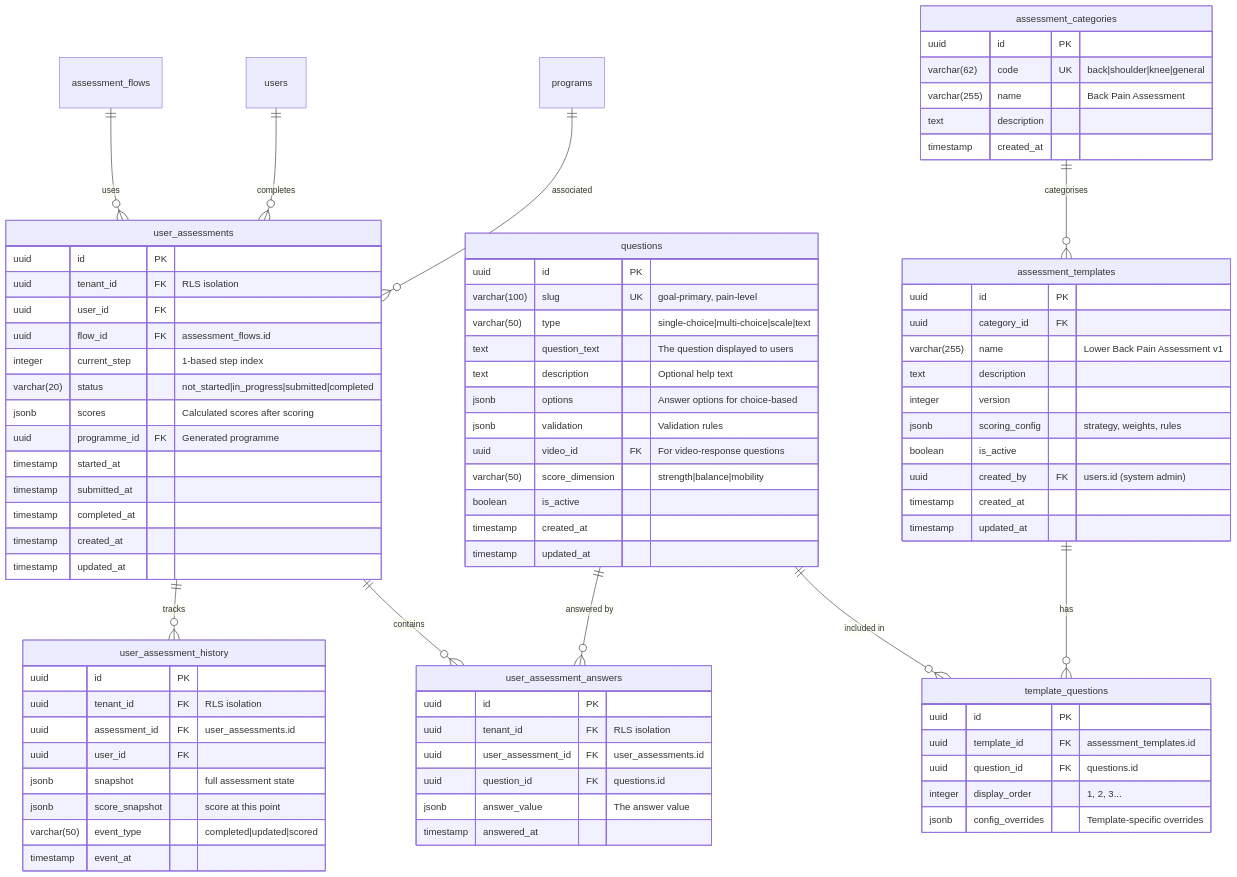
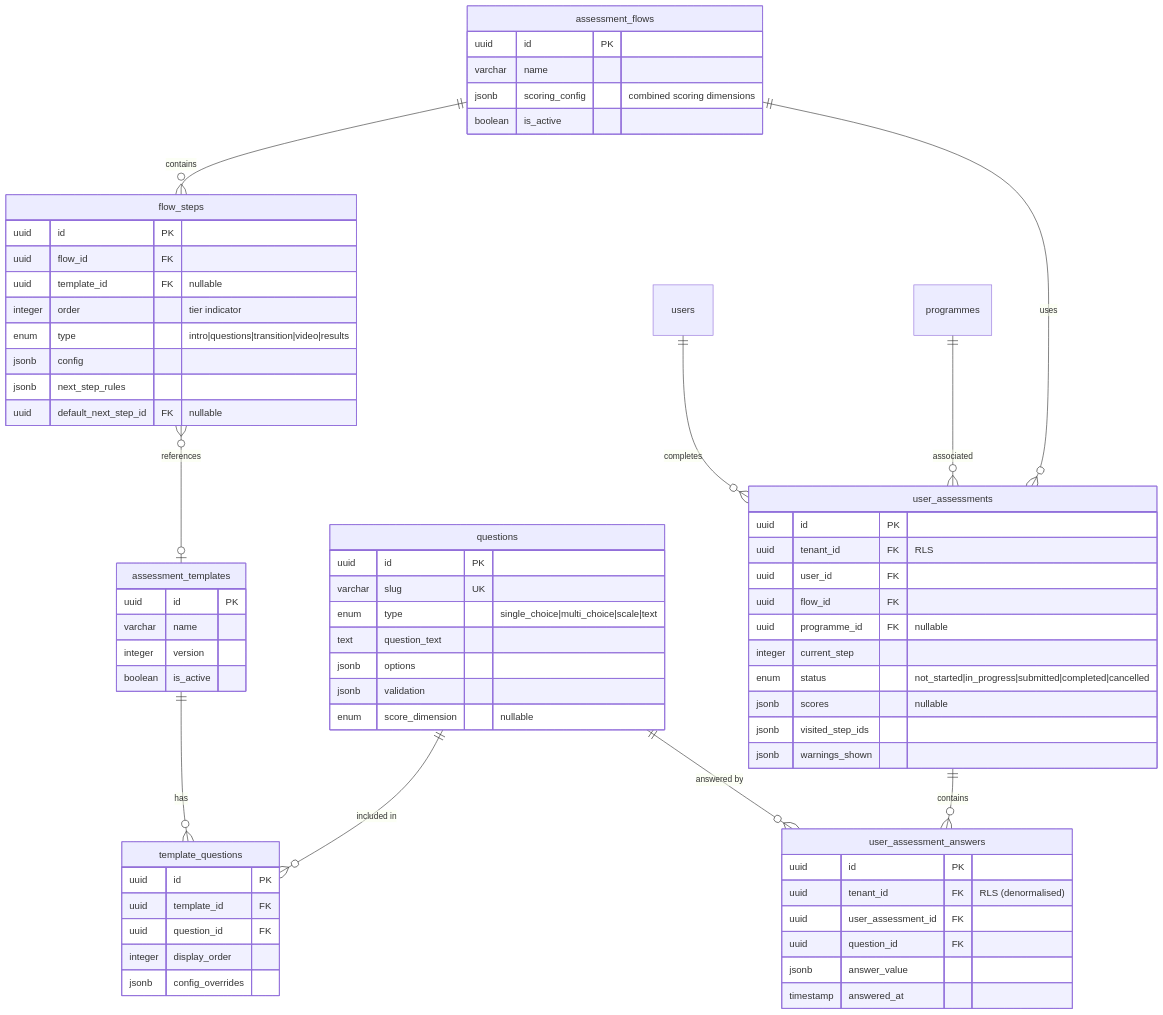
Before and after one commit to ChrisTregaskis/ffp: the second of 3 diagrams in project-documentation/ffp_erd.md, drawn with Mermaid. The commit also changed other lines of this file and 7 other files, not shown here.

````diff
--- a/project-documentation/ffp_erd.md
+++ b/project-documentation/ffp_erd.md
@@ -111,92 +55,77 @@
 ```mermaid
 erDiagram
-    programs ||--o{ user_assessments : "associated"
-    users ||--o{ user_assessments : "completes"
-    assessment_flows ||--o{ user_assessments : "uses"
-    assessment_categories ||--o{ assessment_templates : "categorises"
+    assessment_flows ||--o{ flow_steps : "contains"
     assessment_templates ||--o{ template_questions : "has"
     questions ||--o{ template_questions : "included in"
+    flow_steps }o--o| assessment_templates : "references"
+    assessment_flows ||--o{ user_assessments : "uses"
+    users ||--o{ user_assessments : "completes"
+    user_assessments ||--o{ user_assessment_answers : "contains"
     questions ||--o{ user_assessment_answers : "answered by"
-    user_assessments ||--o{ user_assessment_answers : "contains"
-    user_assessments ||--o{ user_assessment_history : "tracks"
+    programmes ||--o{ user_assessments : "associated"
 
-    assessment_categories {
+    assessment_flows {
         uuid id PK
-        varchar(62) code UK "back|shoulder|knee|general"
-        varchar(255) name "Back Pain Assessment"
-        text description
-        timestamp created_at
+        varchar name
+        jsonb scoring_config "combined scoring dimensions"
+        boolean is_active
+    }
+
+    flow_steps {
+        uuid id PK
+        uuid flow_id FK
+        uuid template_id FK "nullable"
+        integer order "tier indicator"
+        enum type "intro|questions|transition|video|results"
+        jsonb config
+        jsonb next_step_rules
+        uuid default_next_step_id FK "nullable"
+    }
+
+    assessment_templates {
+        uuid id PK
+        varchar name
+        integer version
+        boolean is_active
     }
 
     questions {
         uuid id PK
-        varchar(100) slug UK "goal-primary, pain-level"
-        varchar(50) type "single-choice|multi-choice|scale|text"
-        text question_text "The question displayed to users"
-        text description "Optional help text"
-        jsonb options "Answer options for choice-based"
-        jsonb validation "Validation rules"
-        uuid video_id FK "For video-response questions"
-        varchar(50) score_dimension "strength|balance|mobility"
-        boolean is_active
-        timestamp created_at
-        timestamp updated_at
+        varchar slug UK
+        enum type "single_choice|multi_choice|scale|text"
+        text question_text
+        jsonb options
+        jsonb validation
+        enum score_dimension "nullable"
     }
 
     template_questions {
         uuid id PK
-        uuid template_id FK "assessment_templates.id"
-        uuid question_id FK "questions.id"
-        integer display_order "1, 2, 3..."
-        jsonb config_overrides "Template-specific overrides"
-    }
-
-    assessment_templates {
-        uuid id PK
-        uuid category_id FK
-        varchar(255) name "Lower Back Pain Assessment v1"
-        text description
-        integer version
-        jsonb scoring_config "strategy, weights, rules"
-        boolean is_active
-        uuid created_by FK "users.id (system admin)"
-        timestamp created_at
-        timestamp updated_at
+        uuid template_id FK
+        uuid question_id FK
+        integer display_order
+        jsonb config_overrides
     }
 
     user_assessments {
         uuid id PK
-        uuid tenant_id FK "RLS isolation"
+        uuid tenant_id FK "RLS"
         uuid user_id FK
-        uuid flow_id FK "assessment_flows.id"
-        integer current_step "1-based step index"
-        varchar(20) status "not_started|in_progress|submitted|completed"
-        jsonb scores "Calculated scores after scoring"
-        uuid programme_id FK "Generated programme"
-        timestamp started_at
-        timestamp submitted_at
-        timestamp completed_at
-        timestamp created_at
-        timestamp updated_at
+        uuid flow_id FK
+        uuid programme_id FK "nullable"
+        integer current_step
+        enum status "not_started|in_progress|submitted|completed|cancelled"
+        jsonb scores "nullable"
+        jsonb visited_step_ids
+        jsonb warnings_shown
     }
 
     user_assessment_answers {
         uuid id PK
-        uuid tenant_id FK "RLS isolation"
-        uuid user_assessment_id FK "user_assessments.id"
-        uuid question_id FK "questions.id"
-        jsonb answer_value "The answer value"
+        uuid tenant_id FK "RLS (denormalised)"
+        uuid user_assessment_id FK
+        uuid question_id FK
+        jsonb answer_value
         timestamp answered_at
     }
-
-    user_assessment_history {
-        uuid id PK
-        uuid tenant_id FK "RLS isolation"
-        uuid assessment_id FK "user_assessments.id"
-        uuid user_id FK
-        jsonb snapshot "full assessment state"
-        jsonb score_snapshot "score at this point"
-        varchar(50) event_type "completed|updated|scored"
-        timestamp event_at
-    }
 ```
````
